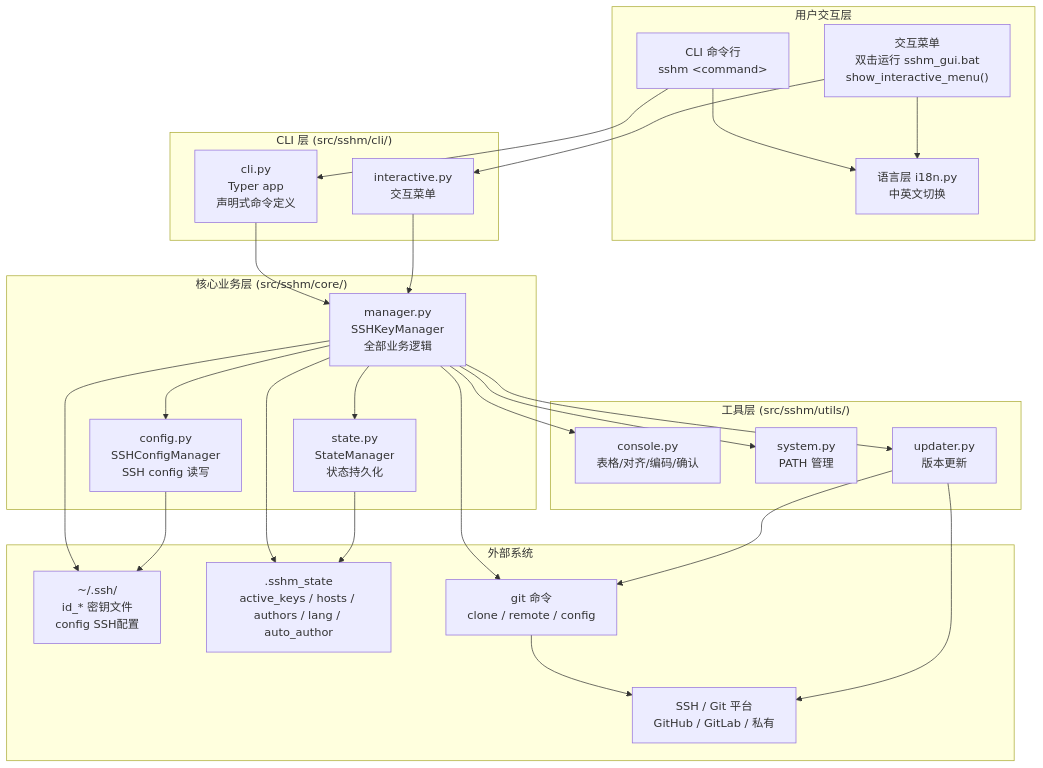
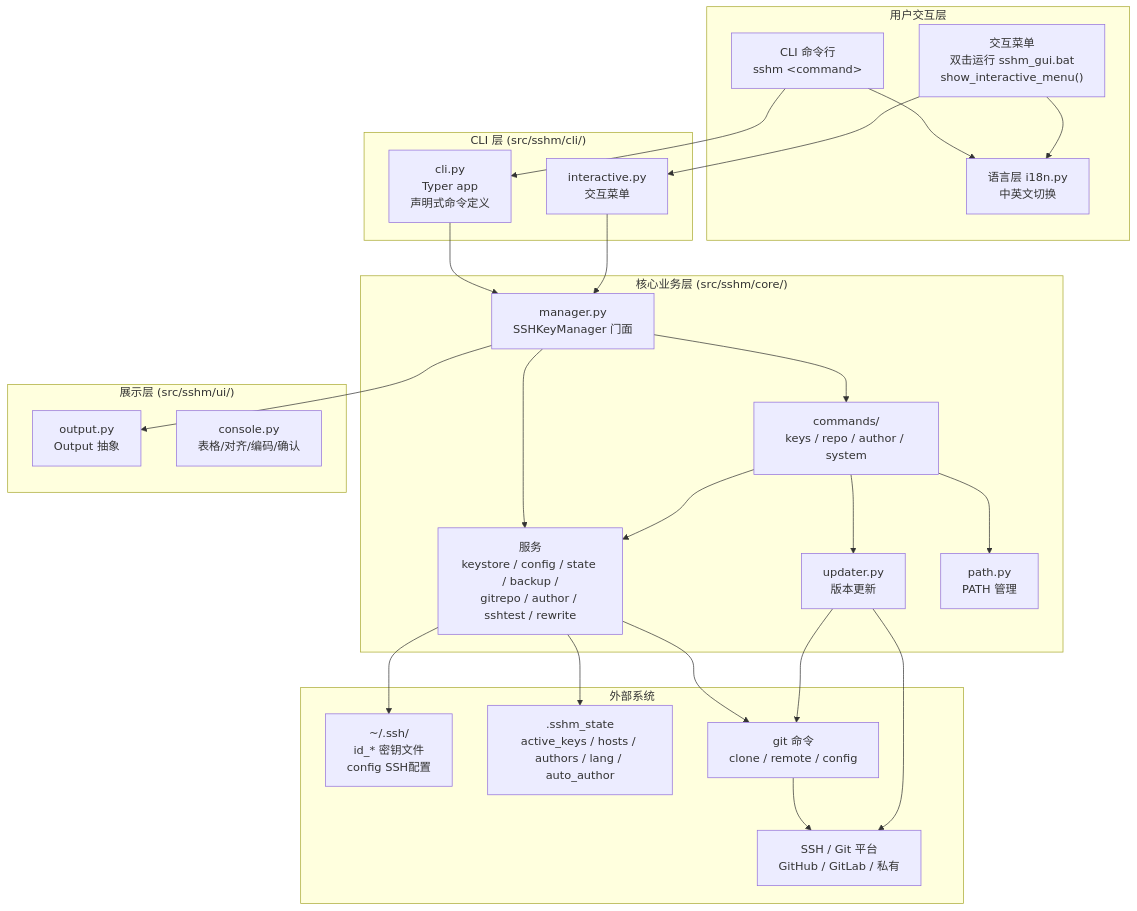
One commit to 365tools/SSHKeyManager changed the second of 2 diagrams in docs/DEVELOPER.md. Above: the diagram before and after it, drawn with Mermaid. The commit also changed other lines of this file and 35 other files, not shown here.

````diff
--- a/docs/DEVELOPER.md
+++ b/docs/DEVELOPER.md
@@ -103,57 +114,56 @@
 ```mermaid
 flowchart TB
     subgraph User["用户交互层"]
         CLI["CLI 命令行<br/>sshm &lt;command&gt;"]
         GUI["交互菜单<br/>双击运行 sshm_gui.bat<br/>show_interactive_menu()"]
         LANG["语言层 i18n.py<br/>中英文切换"]
     end
 
     subgraph Cli["CLI 层 (src/sshm/cli/)"]
         CliApp["cli.py<br/>Typer app<br/>声明式命令定义"]
         Interactive["interactive.py<br/>交互菜单"]
     end
 
     subgraph Core["核心业务层 (src/sshm/core/)"]
-        Manager["manager.py<br/>SSHKeyManager<br/>全部业务逻辑"]
-        Config["config.py<br/>SSHConfigManager<br/>SSH config 读写"]
-        State["state.py<br/>StateManager<br/>状态持久化"]
+        Manager["manager.py<br/>SSHKeyManager 门面"]
+        Commands["commands/<br/>keys / repo / author / system"]
+        Services["服务<br/>keystore / config / state / backup /<br/>gitrepo / author / sshtest / rewrite"]
+        Updater["updater.py<br/>版本更新"]
+        Path["path.py<br/>PATH 管理"]
     end
 
-    subgraph Utils["工具层 (src/sshm/utils/)"]
+    subgraph UI["展示层 (src/sshm/ui/)"]
+        Output["output.py<br/>Output 抽象"]
         Console["console.py<br/>表格/对齐/编码/确认"]
-        System["system.py<br/>PATH 管理"]
-        Updater["updater.py<br/>版本更新"]
     end
 
     subgraph External["外部系统"]
         SSH_DIR["~/.ssh/<br/>id_* 密钥文件<br/>config SSH配置"]
         STATE_FILE[".sshm_state<br/>active_keys / hosts / authors / lang / auto_author"]
         GIT["git 命令<br/>clone / remote / config"]
         SSHD["SSH / Git 平台<br/>GitHub / GitLab / 私有"]
     end
 
     CLI --> CliApp
     GUI --> Interactive
     CLI --> LANG
     GUI --> LANG
 
     CliApp --> Manager
     Interactive --> Manager
 
-    Manager --> Config
-    Manager --> State
+    Manager --> Commands
+    Manager --> Services
+    Manager --> Output
+    Commands --> Services
+    Commands --> Updater
+    Commands --> Path
 
-    Manager --> Console
-    Manager --> System
-    Manager --> Updater
-
-    Manager --> SSH_DIR
-    Manager --> STATE_FILE
-    Manager --> GIT
-    Config --> SSH_DIR
-    State --> STATE_FILE
+    Services --> SSH_DIR
+    Services --> STATE_FILE
+    Services --> GIT
     GIT --> SSHD
 
     Updater --> GIT
     Updater --> SSHD
 ```
````
